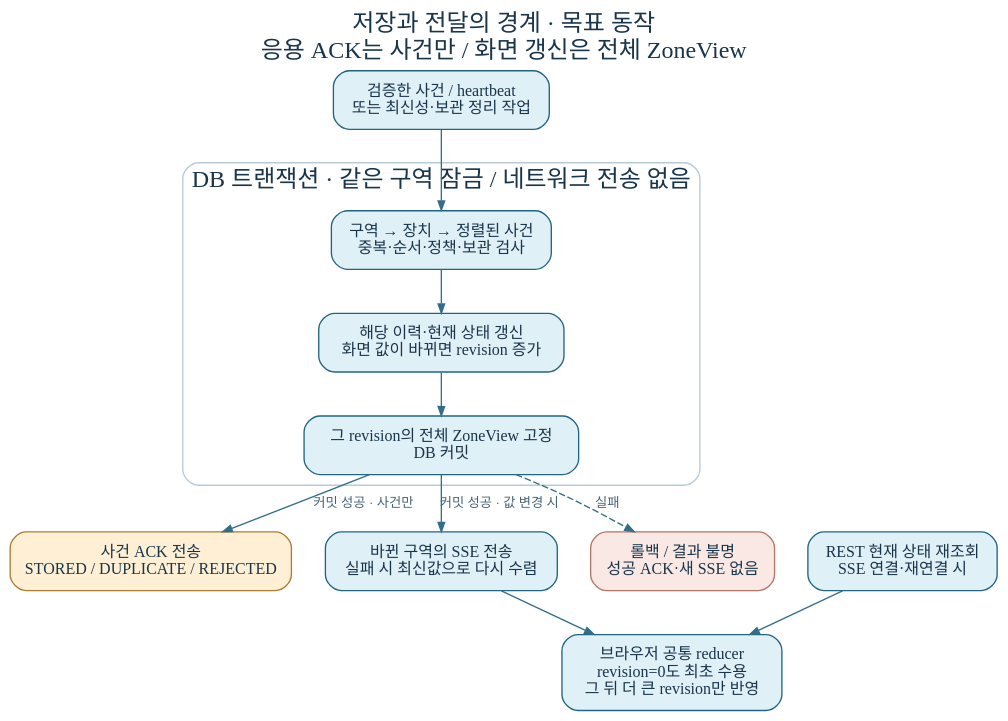
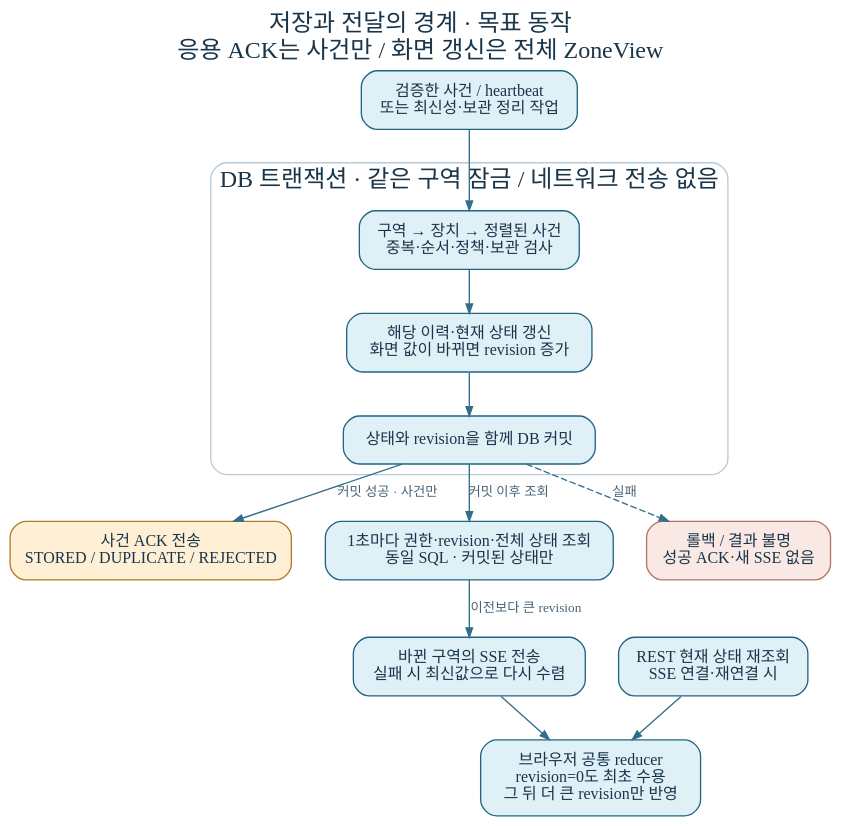
One commit to yh4752/illegal-parking-detection changed the diagram in docs/diagrams/05-demo-consistency.dot. Above: the diagram before and after it, drawn with Graphviz. The commit also changed 103 other files, not shown here.

```diff
--- a/docs/diagrams/05-demo-consistency.dot
+++ b/docs/diagrams/05-demo-consistency.dot
@@ -1,24 +1,26 @@
 digraph Consistency {
   graph [rankdir=TB, bgcolor="transparent", pad="0.3", nodesep="0.35", ranksep="0.45", fontname="Apple SD Gothic Neo", label="저장과 전달의 경계 · 목표 동작\n응용 ACK는 사건만 / 화면 갱신은 전체 ZoneView", labelloc=t, fontsize=18, fontcolor="#19354a"];
   node [shape=box, style="rounded,filled", fontname="Apple SD Gothic Neo", fontsize=12, margin="0.18,0.13", color="#216582", fillcolor="#e0f0f7", fontcolor="#19354a"];
   edge [fontname="Apple SD Gothic Neo", fontsize=10, color="#326e8a", fontcolor="#486478", arrowsize=0.7];
   input [label="검증한 사건 / heartbeat\n또는 최신성·보관 정리 작업"];
   subgraph cluster_tx {
     label="DB 트랜잭션 · 같은 구역 잠금 / 네트워크 전송 없음"; labeljust=l; color="#b7cad6"; style=rounded;
     lock [label="구역 → 장치 → 정렬된 사건\n중복·순서·정책·보관 검사"];
     writes [label="해당 이력·현재 상태 갱신\n화면 값이 바뀌면 revision 증가"];
-    capture [label="그 revision의 전체 ZoneView 고정\nDB 커밋"];
+    capture [label="상태와 revision을 함께 DB 커밋"];
     lock -> writes -> capture;
   }
   ack [label="사건 ACK 전송\nSTORED / DUPLICATE / REJECTED", fillcolor="#fff0d5", color="#af7c2f"];
+  poll [label="1초마다 권한·revision·전체 상태 조회\n동일 SQL · 커밋된 상태만"];
   sse [label="바뀐 구역의 SSE 전송\n실패 시 최신값으로 다시 수렴"];
   rest [label="REST 현재 상태 재조회\nSSE 연결·재연결 시"];
   reducer [label="브라우저 공통 reducer\nrevision=0도 최초 수용\n그 뒤 더 큰 revision만 반영"];
   rollback [label="롤백 / 결과 불명\n성공 ACK·새 SSE 없음", fillcolor="#f9e8e4", color="#b37666"];
   input -> lock;
   capture -> ack [label="커밋 성공 · 사건만"];
-  capture -> sse [label="커밋 성공 · 값 변경 시"];
+  capture -> poll [label="커밋 이후 조회"];
+  poll -> sse [label="이전보다 큰 revision"];
   capture -> rollback [label="실패", style=dashed];
   sse -> reducer;
   rest -> reducer;
 }
```
